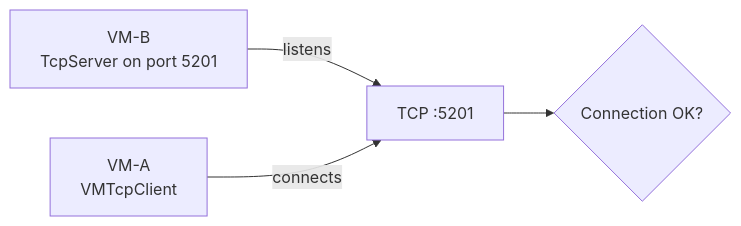
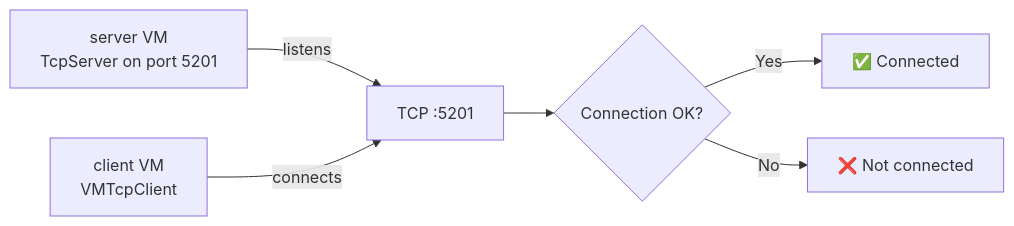
One commit to rnetser/openshift-virtualization-tests changed the second of 3 diagrams in docs/flows/CONNECTIVITY_TESTING.md. Above: the diagram before and after it, drawn with Mermaid. The commit also changed other lines of this file and 6 other files, not shown here.

First line of the commit message:
docs: address review findings in flow diagrams

````diff
--- a/docs/flows/CONNECTIVITY_TESTING.md
+++ b/docs/flows/CONNECTIVITY_TESTING.md
@@ -22,7 +22,9 @@
 ```mermaid
 flowchart LR
-    Server[VM-B<br>TcpServer on port 5201] --> |listens| Port[TCP :5201]
-    Client[VM-A<br>VMTcpClient] --> |connects| Port
+    Server[server VM<br>TcpServer on port 5201] --> |listens| Port[TCP :5201]
+    Client[client VM<br>VMTcpClient] --> |connects| Port
     Result{Connection OK?}
     Port --> Result
+    Result -->|Yes| Pass[✅ Connected]
+    Result -->|No| Fail[❌ Not connected]
 ```
````
